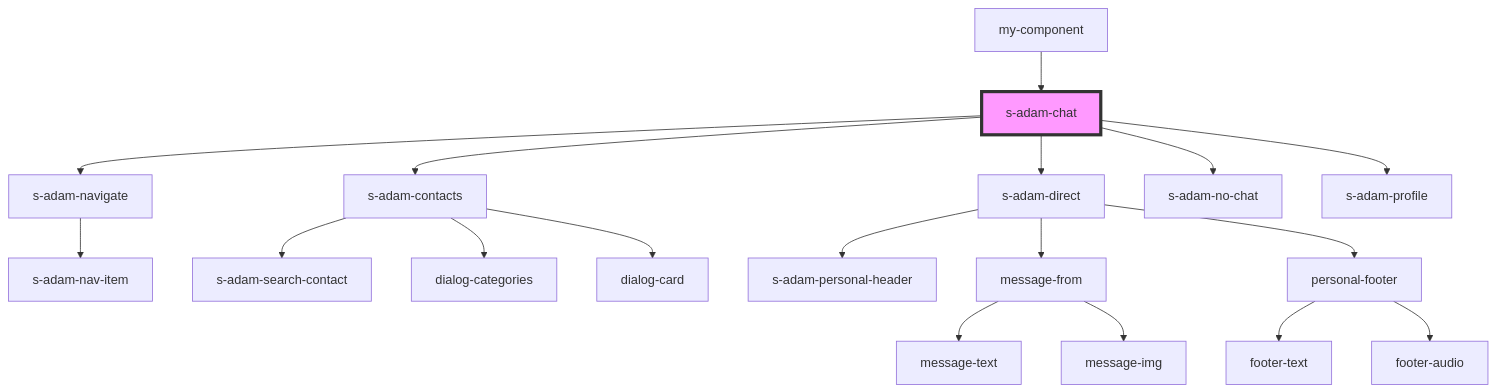
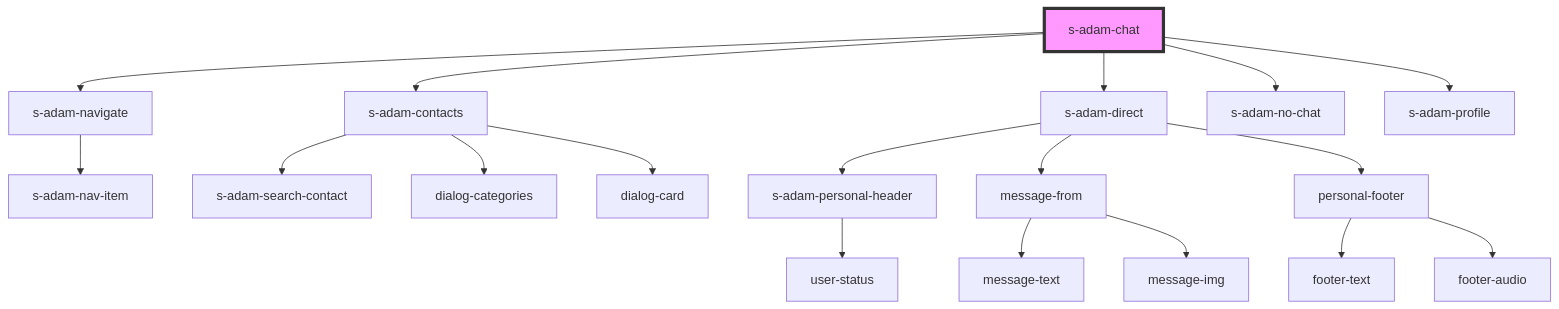
Before and after one commit to saqhan/stencil-chat: the diagram in src/components/comp/s-adam-chat/readme.md, drawn with Mermaid. The commit also changed other lines of this file and 26 other files, not shown here.

````diff
--- a/src/components/comp/s-adam-chat/readme.md
+++ b/src/components/comp/s-adam-chat/readme.md
@@ -23,21 +19,21 @@
 ```mermaid
 graph TD;
   s-adam-chat --> s-adam-navigate
   s-adam-chat --> s-adam-contacts
   s-adam-chat --> s-adam-direct
   s-adam-chat --> s-adam-no-chat
   s-adam-chat --> s-adam-profile
   s-adam-navigate --> s-adam-nav-item
   s-adam-contacts --> s-adam-search-contact
   s-adam-contacts --> dialog-categories
   s-adam-contacts --> dialog-card
   s-adam-direct --> s-adam-personal-header
   s-adam-direct --> message-from
   s-adam-direct --> personal-footer
+  s-adam-personal-header --> user-status
   message-from --> message-text
   message-from --> message-img
   personal-footer --> footer-text
   personal-footer --> footer-audio
-  my-component --> s-adam-chat
   style s-adam-chat fill:#f9f,stroke:#333,stroke-width:4px
 ```
````
